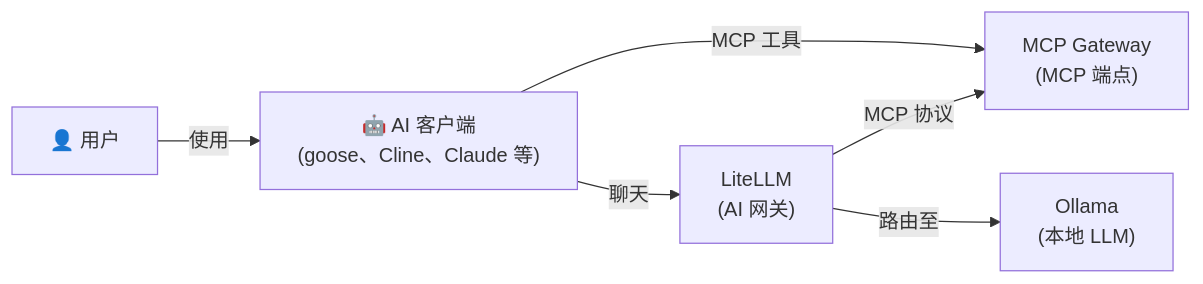
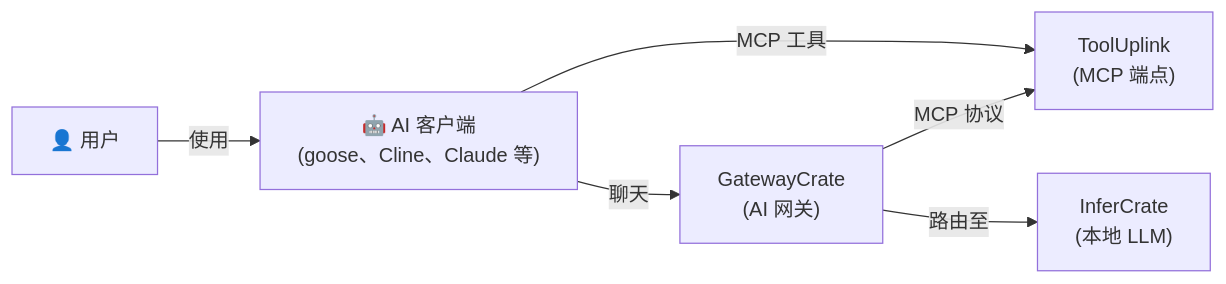
Before and after one commit to hwdsl2/self-hosted-ai-stack: the diagram in stacks/ai-tools/README-zh.md, drawn with Mermaid. The commit also changed other lines of this file and 47 other files, not shown here.

````diff
--- a/stacks/ai-tools/README-zh.md
+++ b/stacks/ai-tools/README-zh.md
@@ -17,8 +17,8 @@
 ```mermaid
 graph LR
     U["👤 用户"] -->|使用| C["🤖 AI 客户端<br/>(goose、Cline、Claude 等)"]
-    C -->|MCP 工具| M["MCP Gateway<br/>(MCP 端点)"]
-    C -->|聊天| L["LiteLLM<br/>(AI 网关)"]
-    L -->|路由至| O["Ollama<br/>(本地 LLM)"]
+    C -->|MCP 工具| M["ToolUplink<br/>(MCP 端点)"]
+    C -->|聊天| L["GatewayCrate<br/>(AI 网关)"]
+    L -->|路由至| O["InferCrate<br/>(本地 LLM)"]
     L -->|MCP 协议| M
 ```
````
